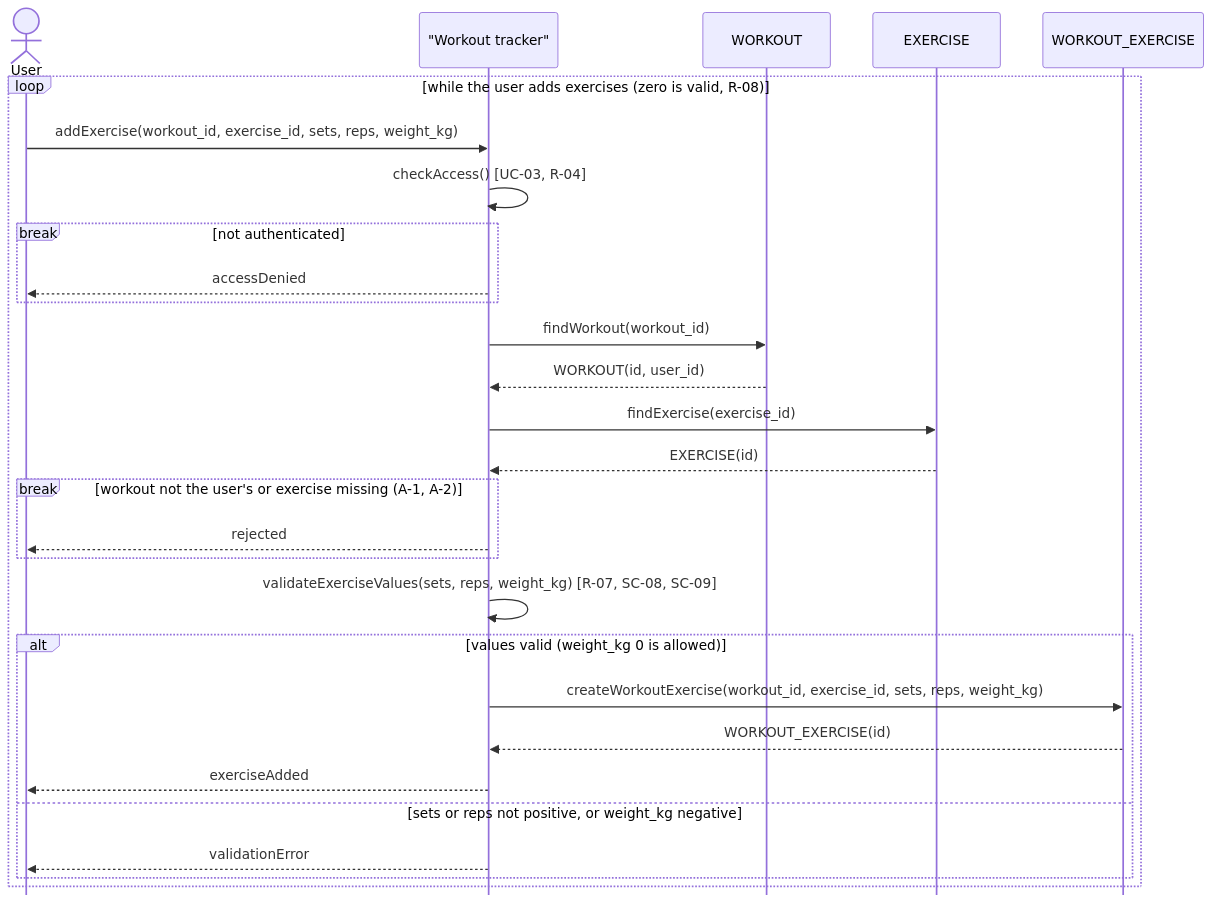
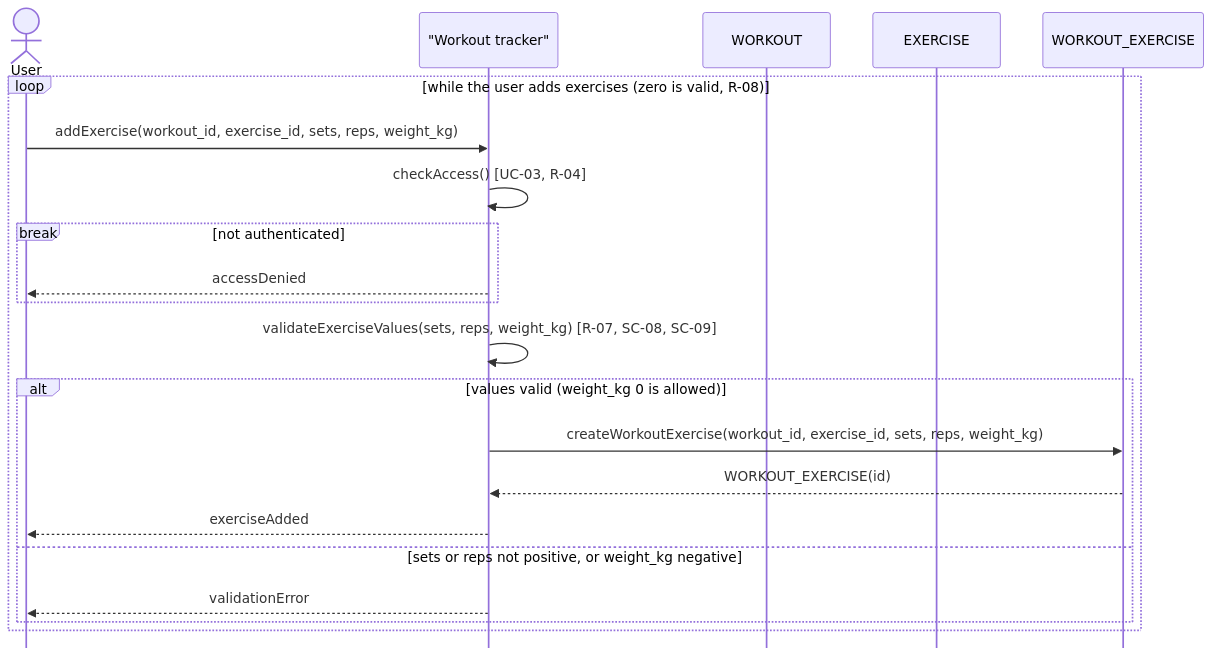
One commit to setlors/kpi-2 changed the diagram in task-3/sequence-diagram.md. Above: the diagram before and after it, drawn with Mermaid. The commit also changed 1 other file, not shown here.

Commit message:
refactor: remove undefined A-1, A-2

````diff
--- a/task-3/sequence-diagram.md
+++ b/task-3/sequence-diagram.md
@@ -3,32 +3,25 @@
 ```mermaid
 %%{init: {"sequence": {"mirrorActors": false}}}%%
 sequenceDiagram
     actor U as User
     participant S as "Workout tracker"
     participant W as WORKOUT
     participant E as EXERCISE
     participant WE as WORKOUT_EXERCISE
 
     loop while the user adds exercises (zero is valid, R-08)
         U->>S: addExercise(workout_id, exercise_id, sets, reps, weight_kg)
         S->>S: checkAccess() [UC-03, R-04]
         break not authenticated
             S-->>U: accessDenied
         end
-        S->>W: findWorkout(workout_id)
-        W-->>S: WORKOUT(id, user_id)
-        S->>E: findExercise(exercise_id)
-        E-->>S: EXERCISE(id)
-        break workout not the user's or exercise missing (A-1, A-2)
-            S-->>U: rejected
-        end
         S->>S: validateExerciseValues(sets, reps, weight_kg) [R-07, SC-08, SC-09]
         alt values valid (weight_kg 0 is allowed)
             S->>WE: createWorkoutExercise(workout_id, exercise_id, sets, reps, weight_kg)
             WE-->>S: WORKOUT_EXERCISE(id)
             S-->>U: exerciseAdded
         else sets or reps not positive, or weight_kg negative
             S-->>U: validationError
         end
     end
 ```
````
